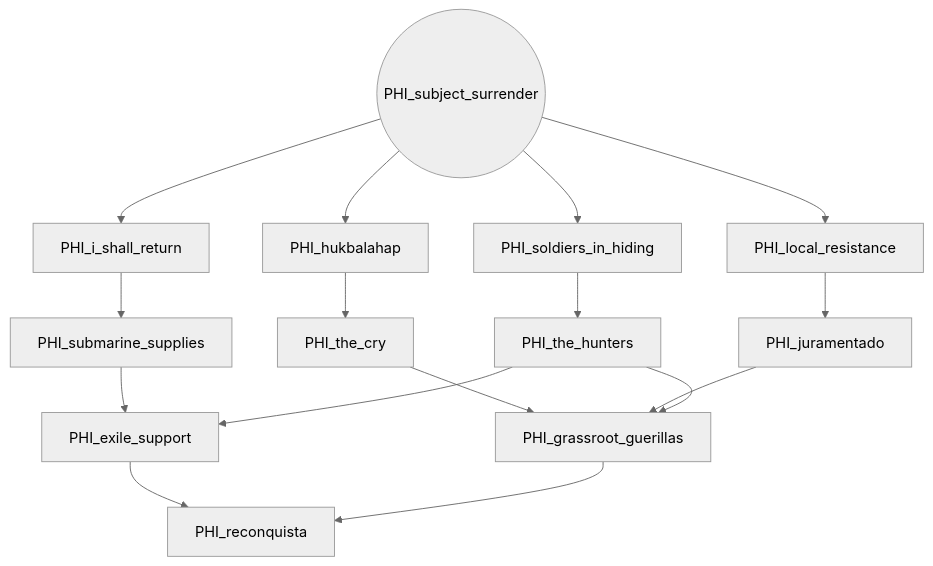
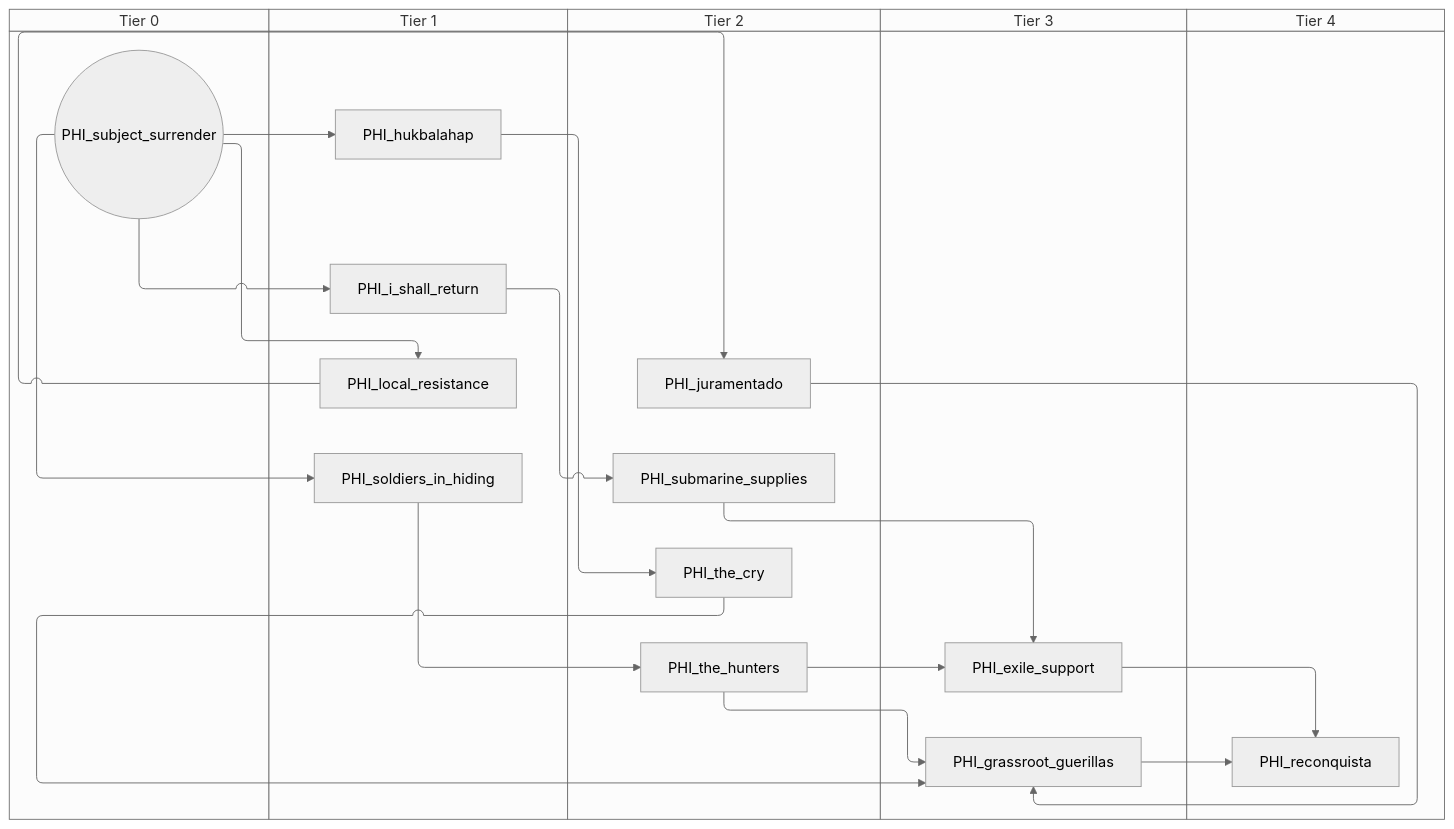
One commit to evgeny-sobol/hoi4-sandbox-mode changed the sixth of 7 diagrams in docs/gdd/National Focuses/philippines.md. Above: the diagram before and after it, drawn with Mermaid (neutral theme). The commit also changed other lines of this file and 80 other files, not shown here.

First line of the commit message:
Add swimlane mode to focus graph exporter

````diff
--- a/docs/gdd/National Focuses/philippines.md
+++ b/docs/gdd/National Focuses/philippines.md
@@ -435,30 +527,40 @@
 ```mermaid
-flowchart TD
-    n141["PHI_exile_support"]
-    n142["PHI_grassroot_guerillas"]
-    n143["PHI_hukbalahap"]
-    n144["PHI_i_shall_return"]
-    n145["PHI_juramentado"]
-    n146["PHI_local_resistance"]
-    n147["PHI_reconquista"]
-    n148["PHI_soldiers_in_hiding"]
-    n149(("PHI_subject_surrender"))
-    n150["PHI_submarine_supplies"]
-    n151["PHI_the_cry"]
-    n152["PHI_the_hunters"]
-    n150 --> n141
-    n152 --> n141
-    n151 --> n142
-    n145 --> n142
-    n152 --> n142
-    n149 --> n143
-    n149 --> n144
-    n146 --> n145
-    n149 --> n146
-    n141 --> n147
-    n142 --> n147
-    n149 --> n148
-    n144 --> n150
-    n143 --> n151
-    n148 --> n152
+swimlane-beta TD
+    subgraph tier_0["Tier 0"]
+        n141(("PHI_subject_surrender"))
+    end
+    subgraph tier_1["Tier 1"]
+        n142["PHI_hukbalahap"]
+        n143["PHI_i_shall_return"]
+        n144["PHI_local_resistance"]
+        n145["PHI_soldiers_in_hiding"]
+    end
+    subgraph tier_2["Tier 2"]
+        n146["PHI_juramentado"]
+        n147["PHI_submarine_supplies"]
+        n148["PHI_the_cry"]
+        n149["PHI_the_hunters"]
+    end
+    subgraph tier_3["Tier 3"]
+        n150["PHI_exile_support"]
+        n151["PHI_grassroot_guerillas"]
+    end
+    subgraph tier_4["Tier 4"]
+        n152["PHI_reconquista"]
+    end
+    n147 --> n150
+    n149 --> n150
+    n148 --> n151
+    n146 --> n151
+    n149 --> n151
+    n141 --> n142
+    n141 --> n143
+    n144 --> n146
+    n141 --> n144
+    n150 --> n152
+    n151 --> n152
+    n141 --> n145
+    n143 --> n147
+    n142 --> n148
+    n145 --> n149
 ```
````
